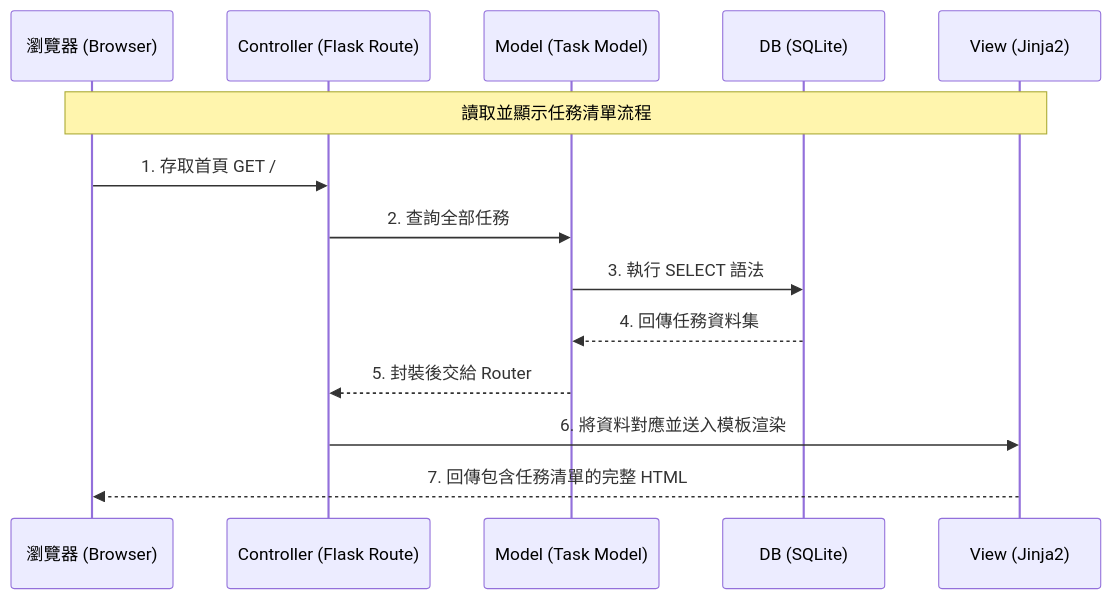
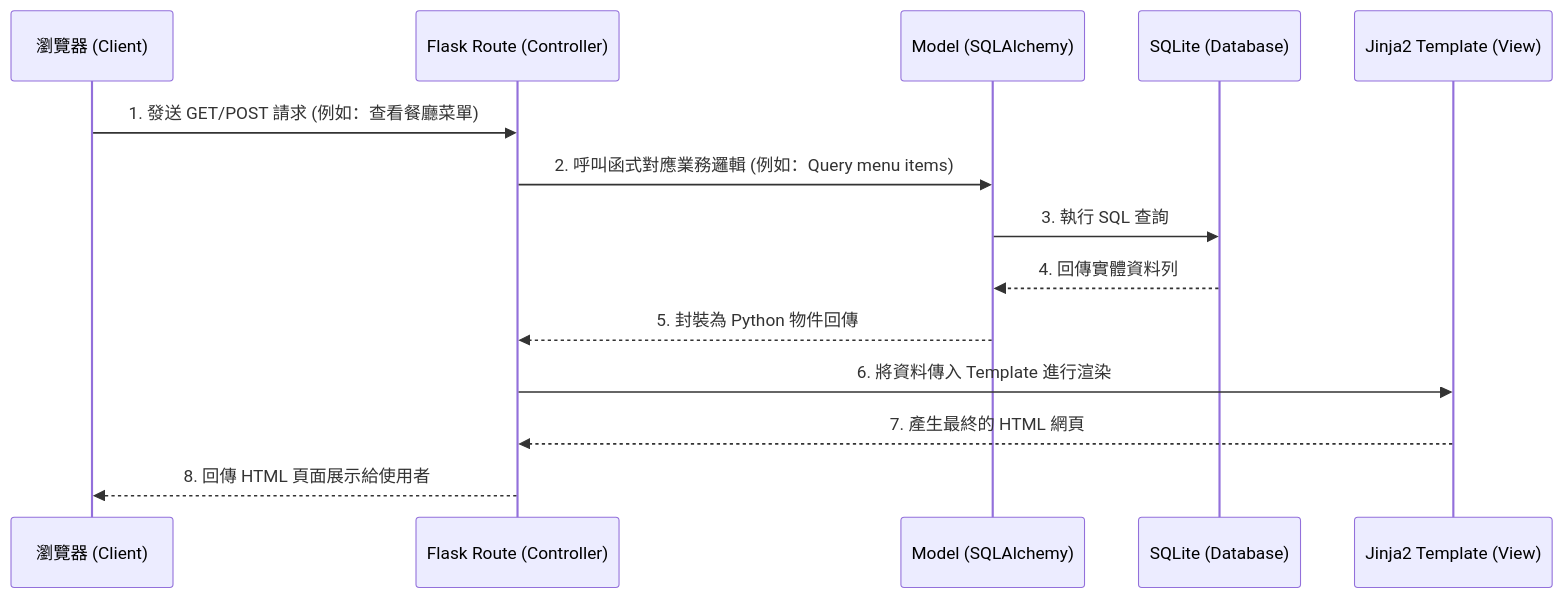
The diagram in docs/ARCHITECTURE.md (kjadenko28-debug/web_app_development), drawn with Mermaid before and after one commit. The commit also changed other lines of this file, not shown here.

Commit message:
docs: add architecture

````diff
--- a/docs/ARCHITECTURE.md
+++ b/docs/ARCHITECTURE.md
@@ -49,17 +66,17 @@
 ```mermaid
 sequenceDiagram
-    participant B as 瀏覽器 (Browser)
-    participant C as Controller (Flask Route)
-    participant M as Model (Task Model)
-    participant DB as DB (SQLite)
-    participant V as View (Jinja2)
+    participant B as 瀏覽器 (Client)
+    participant R as Flask Route (Controller)
+    participant M as Model (SQLAlchemy)
+    participant DB as SQLite (Database)
+    participant T as Jinja2 Template (View)
 
-    note over B,V: 讀取並顯示任務清單流程
-    B->>C: 1. 存取首頁 GET /
-    C->>M: 2. 查詢全部任務
-    M->>DB: 3. 執行 SELECT 語法
-    DB-->>M: 4. 回傳任務資料集
-    M-->>C: 5. 封裝後交給 Router
-    C->>V: 6. 將資料對應並送入模板渲染
-    V-->>B: 7. 回傳包含任務清單的完整 HTML 
+    B->>R: 1. 發送 GET/POST 請求 (例如：查看餐廳菜單)
+    R->>M: 2. 呼叫函式對應業務邏輯 (例如：Query menu items)
+    M->>DB: 3. 執行 SQL 查詢
+    DB-->>M: 4. 回傳實體資料列
+    M-->>R: 5. 封裝為 Python 物件回傳
+    R->>T: 6. 將資料傳入 Template 進行渲染 
+    T-->>R: 7. 產生最終的 HTML 網頁
+    R-->>B: 8. 回傳 HTML 頁面展示給使用者
 ```
````
